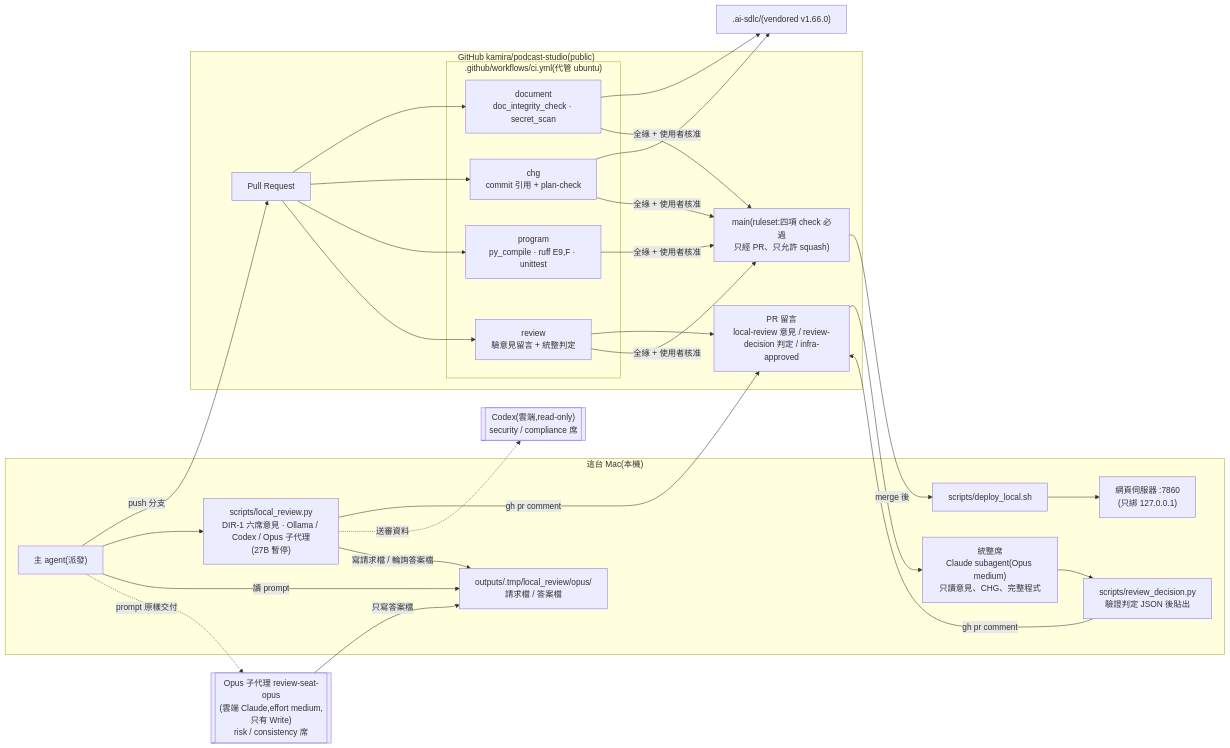
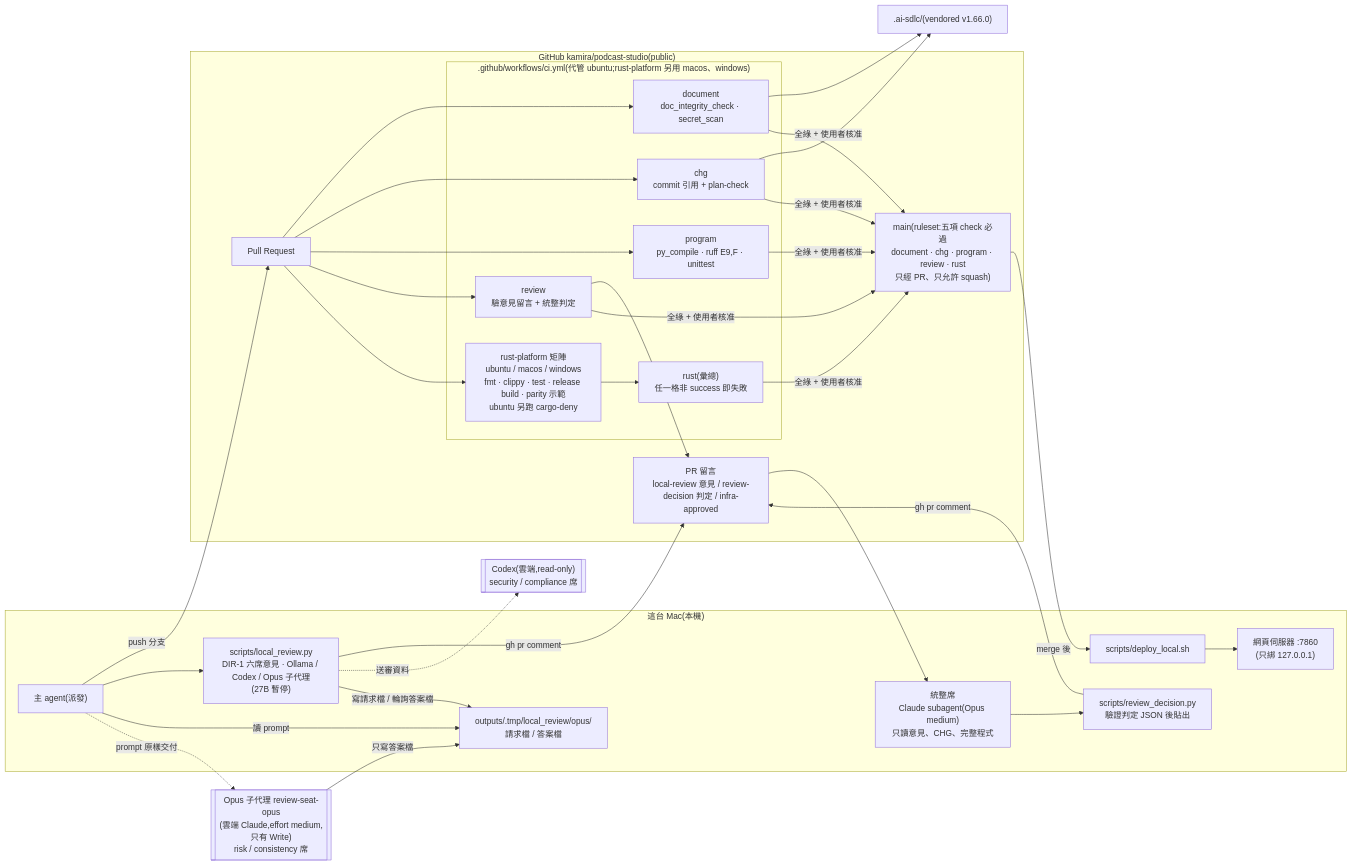
One commit to kamira/podcast-studio changed the tenth of 11 diagrams in docs/structure/logical.md. Above: the diagram before and after it, drawn with Mermaid. The commit also changed other lines of this file and 31 other files, not shown here.

First line of the commit message:
CHG-20261123-01: Rust workspace 骨架、並行比對工具與三平台 CI(合併 PR) (#165)

````diff
--- a/docs/structure/logical.md
+++ b/docs/structure/logical.md
@@ -323,39 +324,42 @@
 ```mermaid
 flowchart LR
   subgraph Mac["這台 Mac(本機)"]
     DISP["主 agent(派發)"]
     LR["scripts/local_review.py<br/>DIR-1 六席意見 · Ollama / Codex / Opus 子代理<br/>(27B 暫停)"]
     OTMP["outputs/.tmp/local_review/opus/<br/>請求檔 / 答案檔"]
     SUB["統整席<br/>Claude subagent(Opus medium)<br/>只讀意見、CHG、完整程式"]
     RD["scripts/review_decision.py<br/>驗證判定 JSON 後貼出"]
     DEP["scripts/deploy_local.sh"]
     APP["網頁伺服器 :7860<br/>(只綁 127.0.0.1)"]
   end
   CODEX[["Codex(雲端,read-only)<br/>security / compliance 席"]]
   OPUS[["Opus 子代理 review-seat-opus<br/>(雲端 Claude,effort medium,只有 Write)<br/>risk / consistency 席"]]
   subgraph GH["GitHub kamira/podcast-studio(public)"]
     PR["Pull Request"]
     CMT["PR 留言<br/>local-review 意見 / review-decision 判定 / infra-approved"]
-    subgraph CI[".github/workflows/ci.yml(代管 ubuntu)"]
+    subgraph CI[".github/workflows/ci.yml(代管 ubuntu;rust-platform 另用 macos、windows)"]
       J1["document<br/>doc_integrity_check · secret_scan"]
       J2["chg<br/>commit 引用 + plan-check"]
       J3["program<br/>py_compile · ruff E9,F · unittest"]
       J4["review<br/>驗意見留言 + 統整判定"]
+      J5["rust-platform 矩陣<br/>ubuntu / macos / windows<br/>fmt · clippy · test · release build · parity 示範<br/>ubuntu 另跑 cargo-deny"]
+      J6["rust(彙總)<br/>任一格非 success 即失敗"]
     end
-    MAIN["main(ruleset:四項 check 必過<br/>只經 PR、只允許 squash)"]
+    MAIN["main(ruleset:五項 check 必過<br/>document · chg · program · review · rust<br/>只經 PR、只允許 squash)"]
   end
   VEN[".ai-sdlc/(vendored v1.66.0)"]
   DISP -- push 分支 --> PR
   DISP --> LR -- gh pr comment --> CMT
   LR -. 送審資料 .-> CODEX
   LR -- 寫請求檔 / 輪詢答案檔 --> OTMP
   DISP -- 讀 prompt --> OTMP
   DISP -. prompt 原樣交付 .-> OPUS
   OPUS -- 只寫答案檔 --> OTMP
   CMT --> SUB --> RD -- gh pr comment --> CMT
-  PR --> J1 & J2 & J3 & J4
+  PR --> J1 & J2 & J3 & J4 & J5
+  J5 --> J6
   J1 & J2 --> VEN
   J4 --> CMT
-  J1 & J2 & J3 & J4 -- 全綠 + 使用者核准 --> MAIN
+  J1 & J2 & J3 & J4 & J6 -- 全綠 + 使用者核准 --> MAIN
   MAIN -- merge 後 --> DEP --> APP
 ```
````
